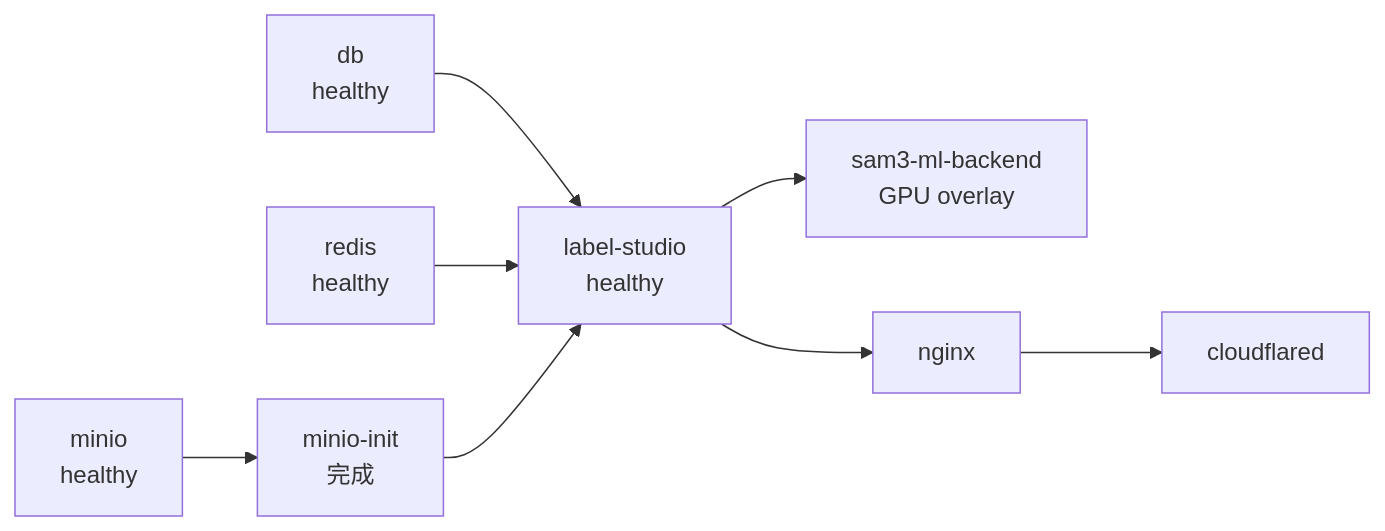
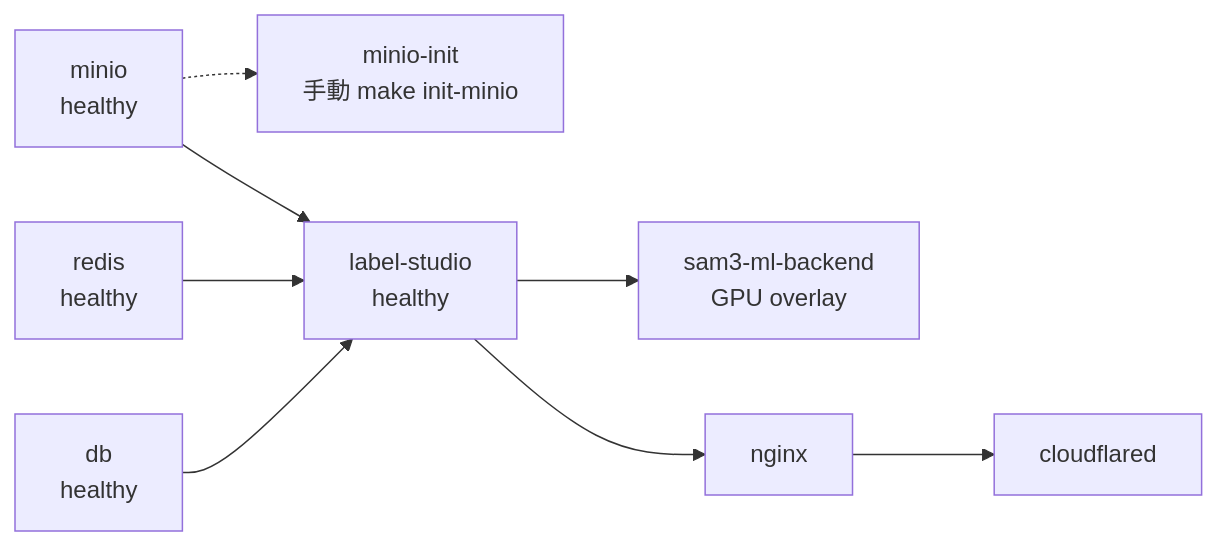
Before and after one commit to felimet/label-anything-sam: the second of 3 diagrams in docs/architecture.md, drawn with Mermaid. The commit also changed other lines of this file and 8 other files, not shown here.

````diff
--- a/docs/architecture.md
+++ b/docs/architecture.md
@@ -31,19 +31,19 @@
 ```mermaid
 graph LR
     DB[db<br/>healthy]
     Redis[redis<br/>healthy]
     Minio[minio<br/>healthy]
-    MinioInit[minio-init<br/>完成]
+    MinioInit[minio-init<br/>手動 make init-minio]
     LS[label-studio<br/>healthy]
     SAM3[sam3-ml-backend<br/>GPU overlay]
     Nginx[nginx]
     CF[cloudflared]
 
     DB --> LS
     Redis --> LS
-    Minio --> MinioInit
-    MinioInit --> LS
+    Minio --> LS
+    Minio -.-> MinioInit
     LS --> SAM3
     LS --> Nginx
     Nginx --> CF
 ```
````
